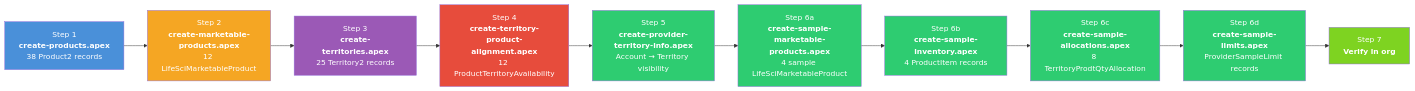
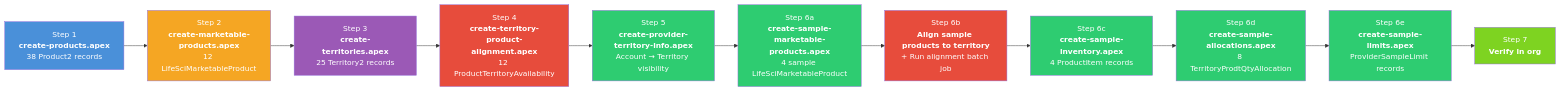
Before and after one commit to afls-ideas/Multi-Country-Brand-Setup: the first of 5 diagrams in README-04-Data-Loading-Scripts.md, drawn with Mermaid. The commit also changed other lines of this file and 2 other files, not shown here.

First line of the commit message:
Fix READMEs: sample territory alignment is the real fix, not SortOrder

````diff
--- a/README-04-Data-Loading-Scripts.md
+++ b/README-04-Data-Loading-Scripts.md
@@ -7,23 +7,25 @@
 ```mermaid
 flowchart LR
     S1["Step 1<br/><b>create-products.apex</b><br/>38 Product2 records"] --> S2["Step 2<br/><b>create-marketable-products.apex</b><br/>12 LifeSciMarketableProduct"]
     S2 --> S3["Step 3<br/><b>create-territories.apex</b><br/>25 Territory2 records"]
     S3 --> S4["Step 4<br/><b>create-territory-product-alignment.apex</b><br/>12 ProductTerritoryAvailability"]
     S4 --> S5["Step 5<br/><b>create-provider-territory-info.apex</b><br/>Account → Territory visibility"]
     S5 --> S6a["Step 6a<br/><b>create-sample-marketable-products.apex</b><br/>4 sample LifeSciMarketableProduct"]
-    S6a --> S6b["Step 6b<br/><b>create-sample-inventory.apex</b><br/>4 ProductItem records"]
-    S6b --> S6c["Step 6c<br/><b>create-sample-allocations.apex</b><br/>8 TerritoryProdtQtyAllocation"]
-    S6c --> S6d["Step 6d<br/><b>create-sample-limits.apex</b><br/>ProviderSampleLimit records"]
-    S6d --> S7["Step 7<br/><b>Verify in org</b>"]
+    S6a --> S6b["Step 6b<br/><b>Align sample products to territory</b><br/>+ Run alignment batch job"]
+    S6b --> S6c["Step 6c<br/><b>create-sample-inventory.apex</b><br/>4 ProductItem records"]
+    S6c --> S6d["Step 6d<br/><b>create-sample-allocations.apex</b><br/>8 TerritoryProdtQtyAllocation"]
+    S6d --> S6e["Step 6e<br/><b>create-sample-limits.apex</b><br/>ProviderSampleLimit records"]
+    S6e --> S7["Step 7<br/><b>Verify in org</b>"]
 
     style S1 fill:#4a90d9,color:#fff
     style S2 fill:#f5a623,color:#fff
     style S3 fill:#9b59b6,color:#fff
     style S4 fill:#e74c3c,color:#fff
     style S5 fill:#2ecc71,color:#fff
     style S6a fill:#2ecc71,color:#fff
-    style S6b fill:#2ecc71,color:#fff
+    style S6b fill:#e74c3c,color:#fff
     style S6c fill:#2ecc71,color:#fff
     style S6d fill:#2ecc71,color:#fff
+    style S6e fill:#2ecc71,color:#fff
     style S7 fill:#7ed321,color:#fff
 ```
````
